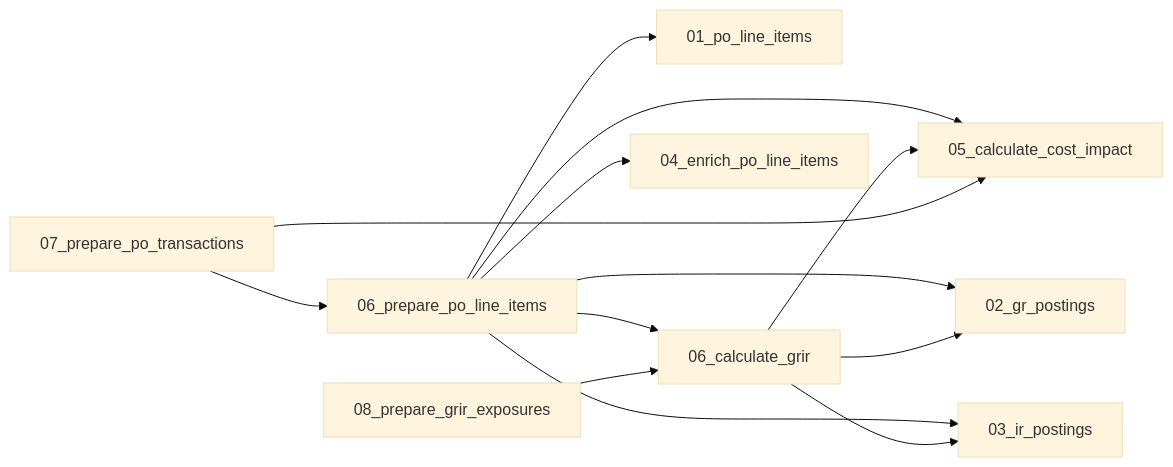
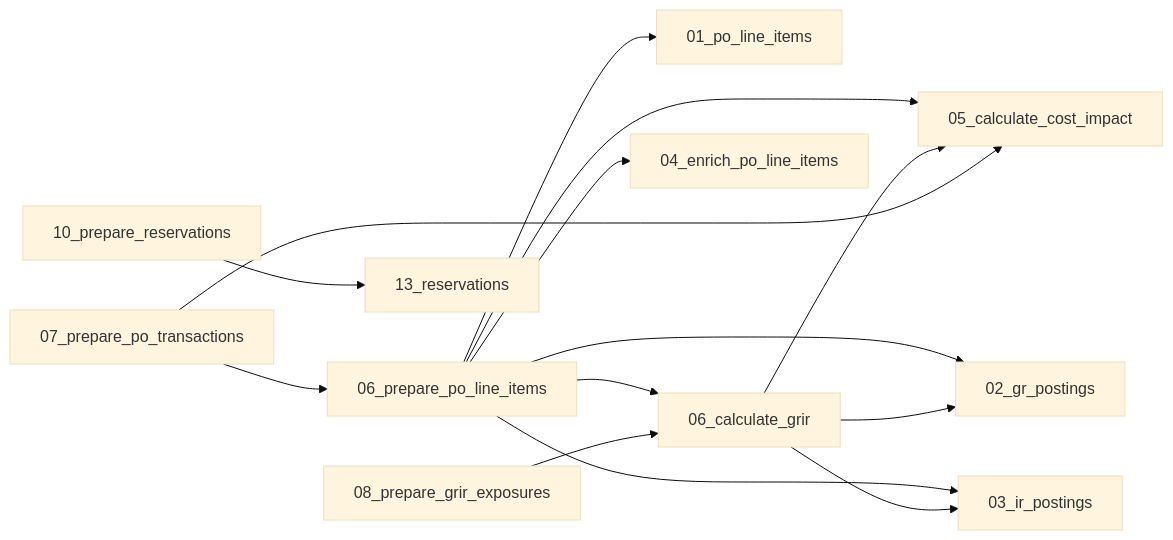
One commit to ihabwahbi/cost-management-db changed the second of 2 diagrams in pipeline-map.md. Above: the diagram before and after it, drawn with Mermaid (base theme). The commit also changed other lines of this file and 16 other files, not shown here.

First line of the commit message:
feat: add reservations stage3 prepare script with schema updates and PO line items FK

````diff
--- a/pipeline-map.md
+++ b/pipeline-map.md
@@ -108,15 +112,16 @@
 ```mermaid
 flowchart LR
     06_prepare_po_line_items --> 01_po_line_items
     06_prepare_po_line_items --> 02_gr_postings
     06_calculate_grir --> 02_gr_postings
     06_prepare_po_line_items --> 03_ir_postings
     06_calculate_grir --> 03_ir_postings
+    10_prepare_reservations --> 13_reservations
     06_prepare_po_line_items --> 04_enrich_po_line_items
     06_prepare_po_line_items --> 05_calculate_cost_impact
     06_calculate_grir --> 05_calculate_cost_impact
     07_prepare_po_transactions --> 05_calculate_cost_impact
     06_prepare_po_line_items --> 06_calculate_grir
     08_prepare_grir_exposures --> 06_calculate_grir
     07_prepare_po_transactions --> 06_prepare_po_line_items
 ```
````
